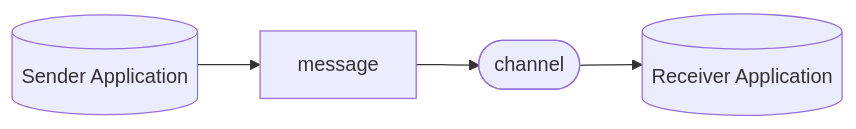
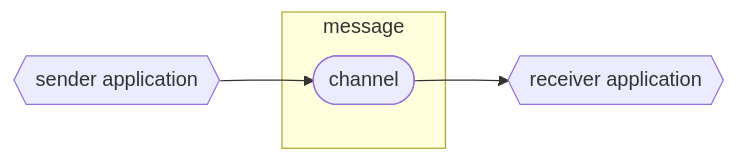
Before and after one commit to asyncapi/website: the diagram in pages/docs/concepts/message.md, drawn with Mermaid.

````diff
--- a/pages/docs/concepts/message.md
+++ b/pages/docs/concepts/message.md
@@ -14,7 +14,9 @@
 ``` mermaid
 graph LR
-    A[(Sender Application )] --> B[message]
-    B --> D([channel])
-    D --> F[(Receiver Application)]
+subgraph one[message]
+b([channel])
+end
+
+A{{sender application}} --> b --> C{{receiver application}}
   
 ```
````
